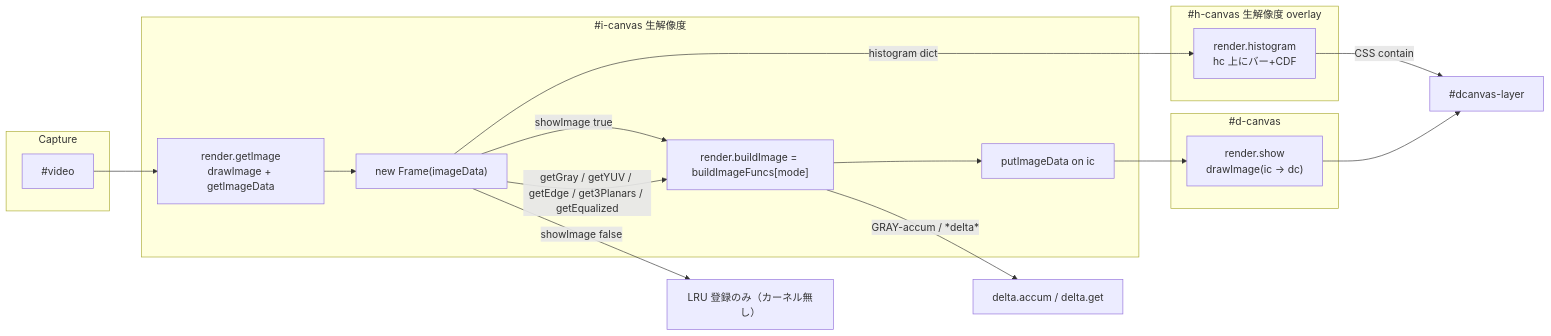
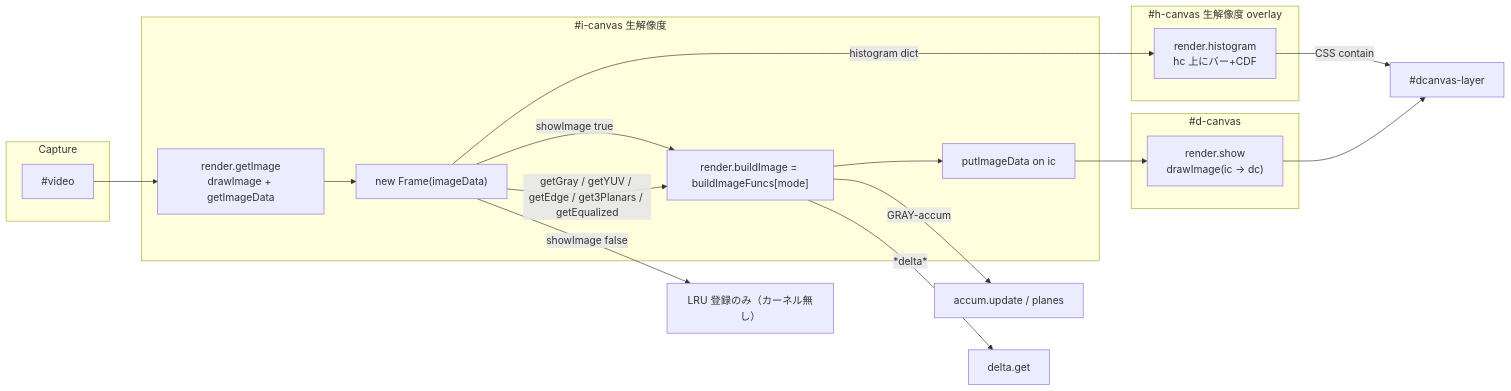
The second of 4 diagrams in jscam/cam2-design.md (mfujimoto-code/JSCam), drawn with Mermaid before and after one commit. The commit also changed other lines of this file and 9 other files, not shown here.

First line of the commit message:
feat: split EMA background into accum with per-space planes

````diff
--- a/jscam/cam2-design.md
+++ b/jscam/cam2-design.md
@@ -231,31 +236,32 @@
 ```mermaid
 flowchart LR
   subgraph Capture
     V["#video"]
   end
 
   subgraph Internal["#i-canvas 生解像度"]
     GI["render.getImage<br/>drawImage + getImageData"]
     FR["new Frame(imageData)"]
     BI["render.buildImage = buildImageFuncs[mode]"]
     PI["putImageData on ic"]
   end
 
   subgraph Overlay["#h-canvas 生解像度 overlay"]
     HG["render.histogram<br/>hc 上にバー+CDF"]
   end
 
   subgraph Display["#d-canvas"]
     SH["render.show<br/>drawImage(ic → dc)"]
   end
 
   V --> GI --> FR
   FR -->|showImage true| BI
   BI --> PI --> SH
   FR -->|getGray / getYUV / getEdge / get3Planars / getEqualized| BI
   FR -->|histogram dict| HG
-  BI -->|GRAY-accum / *delta*| DeltaObj["delta.accum / delta.get"]
+  BI -->|GRAY-accum| AccumObj["accum.update / planes"]
+  BI -->|*delta*| DeltaObj["delta.get"]
   FR -->|showImage false| LRU["LRU 登録のみ（カーネル無し）"]
   HG -->|CSS contain| Layer["#dcanvas-layer"]
   SH --> Layer
 ```
````
